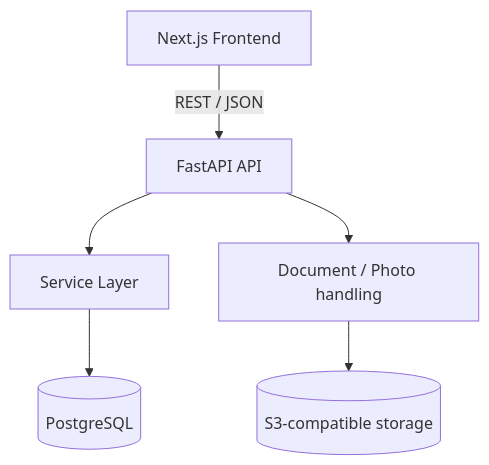
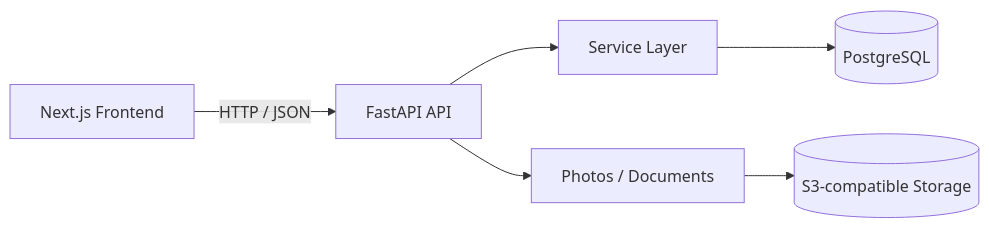
One commit to avgrosheva/service-center-platform changed the diagram in docs/architecture.md. Above: the diagram before and after it, drawn with Mermaid. The commit also changed other lines of this file and 2 other files, not shown here.

````diff
--- a/docs/architecture.md
+++ b/docs/architecture.md
@@ -17,9 +7,9 @@
-``` mermaid
-flowchart TD
-    FE[Next.js Frontend] -->|REST / JSON| API[FastAPI API]
-    API --> SL[Service Layer]
-    SL --> DB[(PostgreSQL)]
+```mermaid
+flowchart LR
+    FE[Next.js Frontend] -->|HTTP / JSON| API[FastAPI API]
+    API --> SVC[Service Layer]
+    SVC --> DB[(PostgreSQL)]
 
-    API --> DOC[Document / Photo handling]
-    DOC --> S3[(S3-compatible storage)]
+    API --> FILES[Photos / Documents]
+    FILES --> S3[(S3-compatible Storage)]
 ```
````
